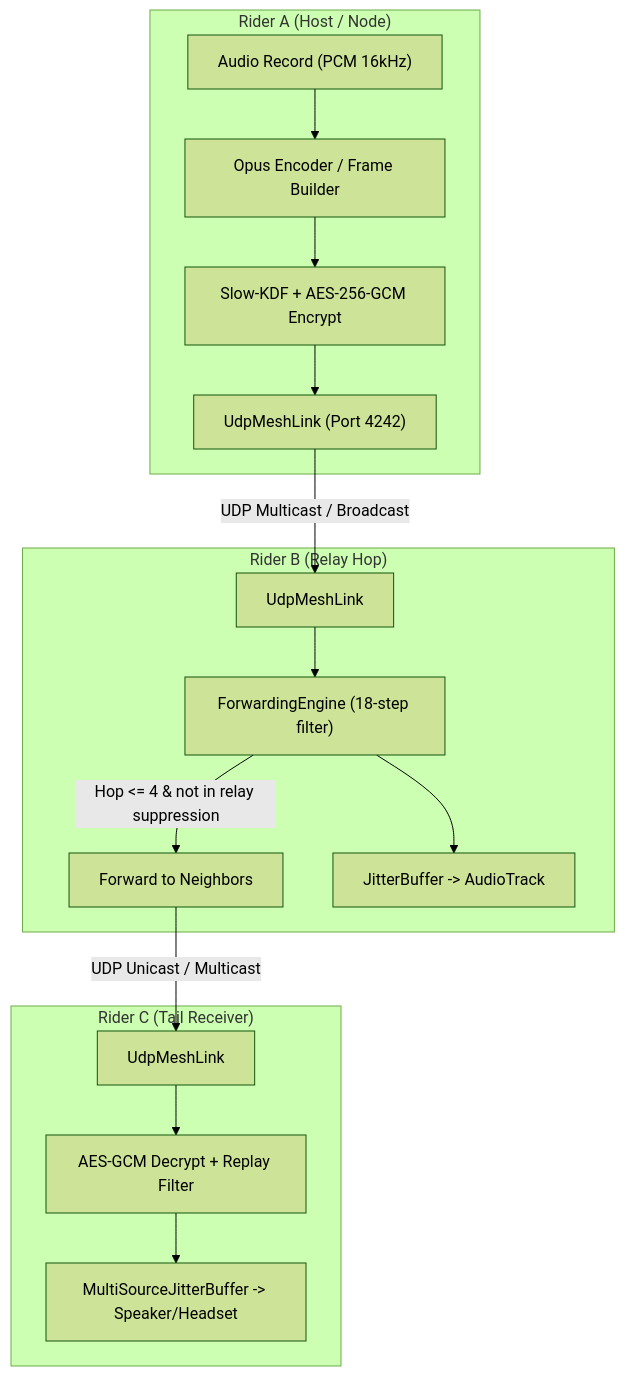
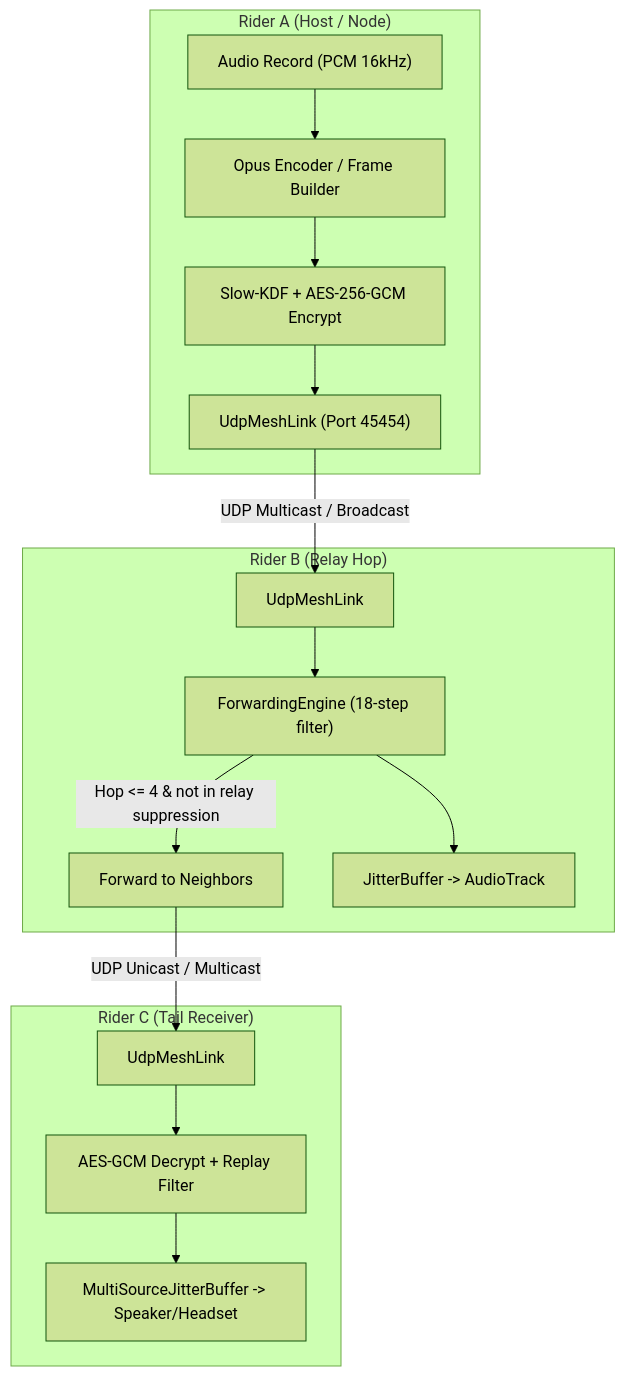
One commit to BuzyU/Rider_APP changed the eighth of 9 diagrams in RIDERVOICE_SYSTEM_EXPLANATION.md. Above: the diagram before and after it, drawn with Mermaid (forest theme). The commit also changed other lines of this file and 57 other files, not shown here.

````diff
--- a/RIDERVOICE_SYSTEM_EXPLANATION.md
+++ b/RIDERVOICE_SYSTEM_EXPLANATION.md
@@ -338,22 +338,22 @@
 ```mermaid
 flowchart TD
     subgraph MeshNodeA["Rider A (Host / Node)"]
         CapA["Audio Record (PCM 16kHz)"] --> CodecA["Opus Encoder / Frame Builder"]
         CodecA --> KdfA["Slow-KDF + AES-256-GCM Encrypt"]
-        KdfA --> LinkA["UdpMeshLink (Port 4242)"]
+        KdfA --> LinkA["UdpMeshLink (Port 45454)"]
     end
 
     subgraph MeshNodeB["Rider B (Relay Hop)"]
         LinkB["UdpMeshLink"] --> FwdB["ForwardingEngine (18-step filter)"]
         FwdB -->|"Hop <= 4 & not in relay suppression"| RelayB["Forward to Neighbors"]
         FwdB --> PlayoutB["JitterBuffer -> AudioTrack"]
     end
 
     subgraph MeshNodeC["Rider C (Tail Receiver)"]
         LinkC["UdpMeshLink"] --> DecryptC["AES-GCM Decrypt + Replay Filter"]
         DecryptC --> PlayoutC["MultiSourceJitterBuffer -> Speaker/Headset"]
     end
 
     LinkA -->|"UDP Multicast / Broadcast"| LinkB
     RelayB -->|"UDP Unicast / Multicast"| LinkC
 ```
````
